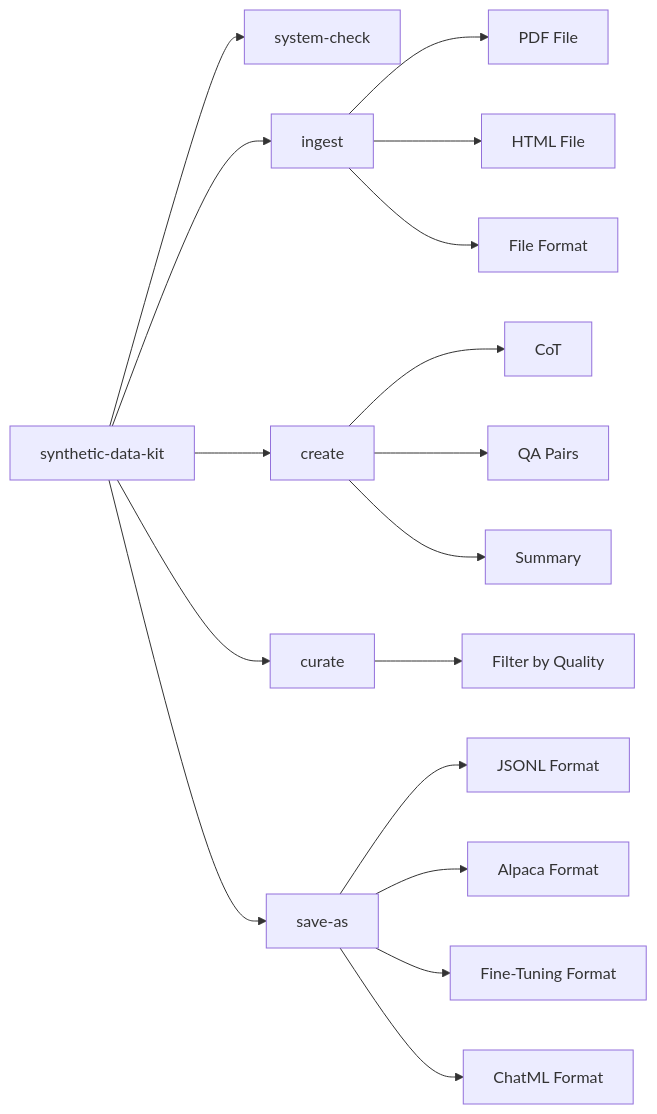
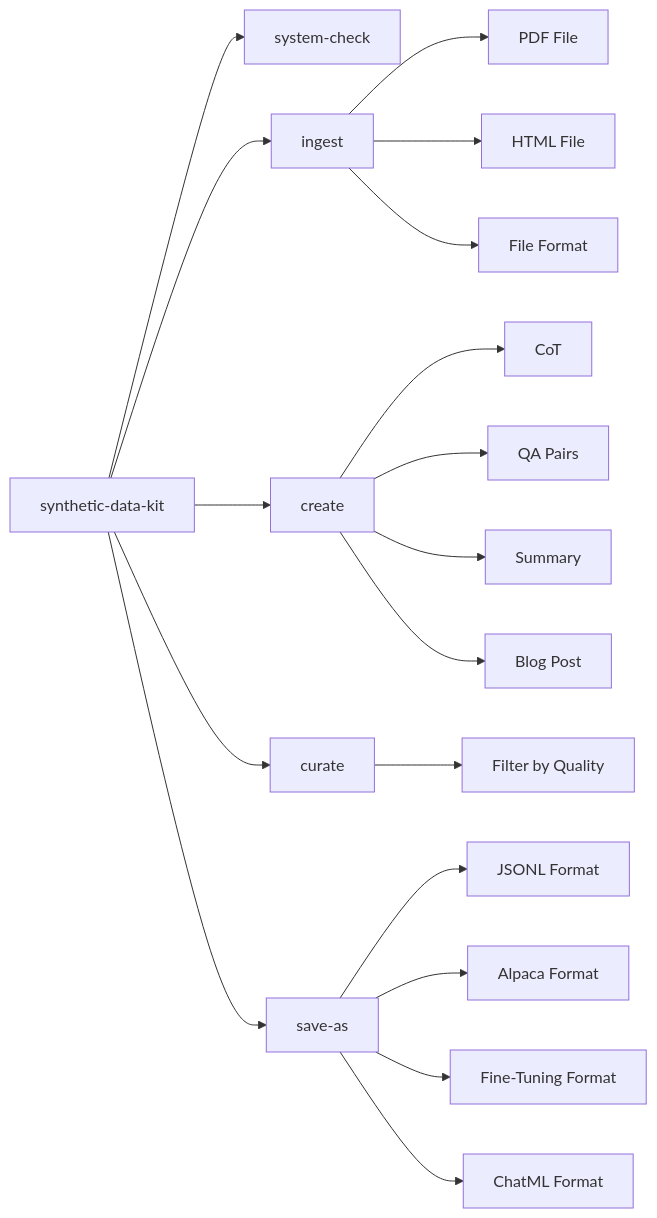
Before and after one commit to kaballas/synthetic-data-kit: the diagram in README.md, drawn with Mermaid. The commit also changed other lines of this file and 17 other files, not shown here.

````diff
--- a/README.md
+++ b/README.md
@@ -434,24 +472,25 @@
 ```mermaid
 graph LR
     SDK --> SystemCheck[system-check]
     SDK[synthetic-data-kit] --> Ingest[ingest]
     SDK --> Create[create]
     SDK --> Curate[curate]
     SDK --> SaveAs[save-as]
     
     Ingest --> PDFFile[PDF File]
     Ingest --> HTMLFile[HTML File]
     Ingest --> YouTubeURL[File Format]
 
     
     Create --> CoT[CoT]
     Create --> QA[QA Pairs]
     Create --> Summary[Summary]
+    Create --> Blog[Blog Post]
     
     Curate --> Filter[Filter by Quality]
     
     SaveAs --> JSONL[JSONL Format]
     SaveAs --> Alpaca[Alpaca Format]
     SaveAs --> FT[Fine-Tuning Format]
     SaveAs --> ChatML[ChatML Format]
 ```
````
